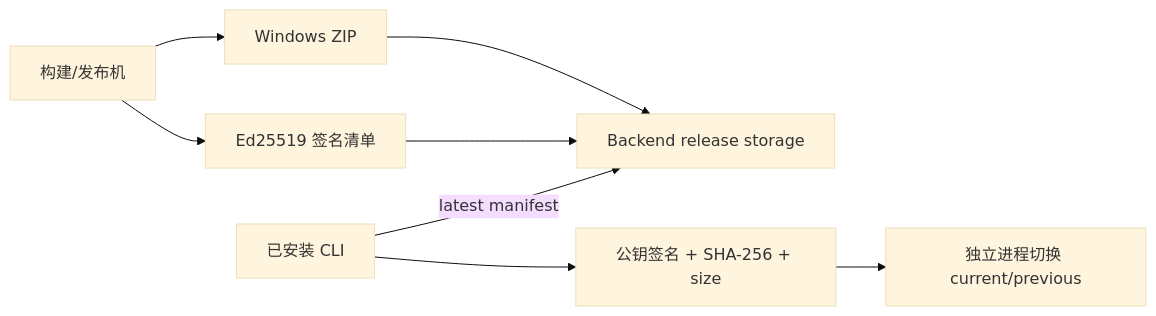
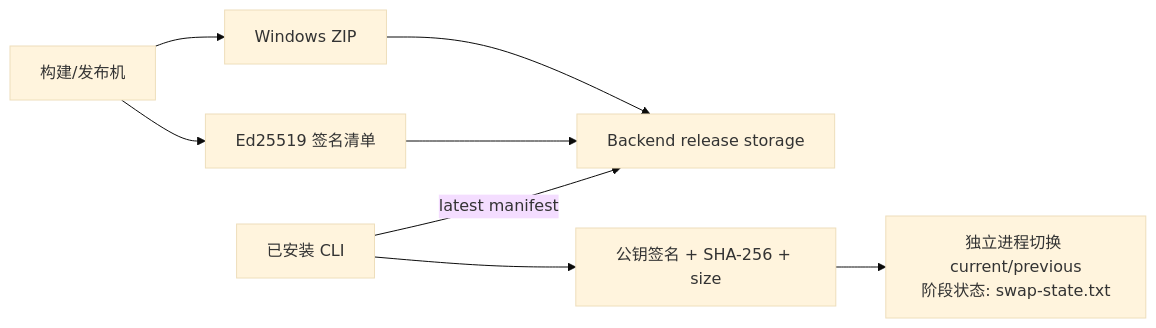
One commit to Hry1729/data_watch changed the fourth of 4 diagrams in docs/02-模块设计/cli/总体设计与架构.md. Above: the diagram before and after it, drawn with Mermaid (base theme). The commit also changed other lines of this file and 43 other files, not shown here.

````diff
--- a/docs/02-模块设计/cli/总体设计与架构.md
+++ b/docs/02-模块设计/cli/总体设计与架构.md
@@ -168,10 +168,10 @@
 ```mermaid
 flowchart LR
     CI["构建/发布机"] --> ZIP["Windows ZIP"]
     CI --> SIGN["Ed25519 签名清单"]
     ZIP --> STORE["Backend release storage"]
     SIGN --> STORE
     CLI["已安装 CLI"] -->|"latest manifest"| STORE
     CLI --> VERIFY["公钥签名 + SHA-256 + size"]
-    VERIFY --> SWAP["独立进程切换 current/previous"]
+    VERIFY --> SWAP["独立进程切换 current/previous<br/>阶段状态: swap-state.txt"]
 ```
````
